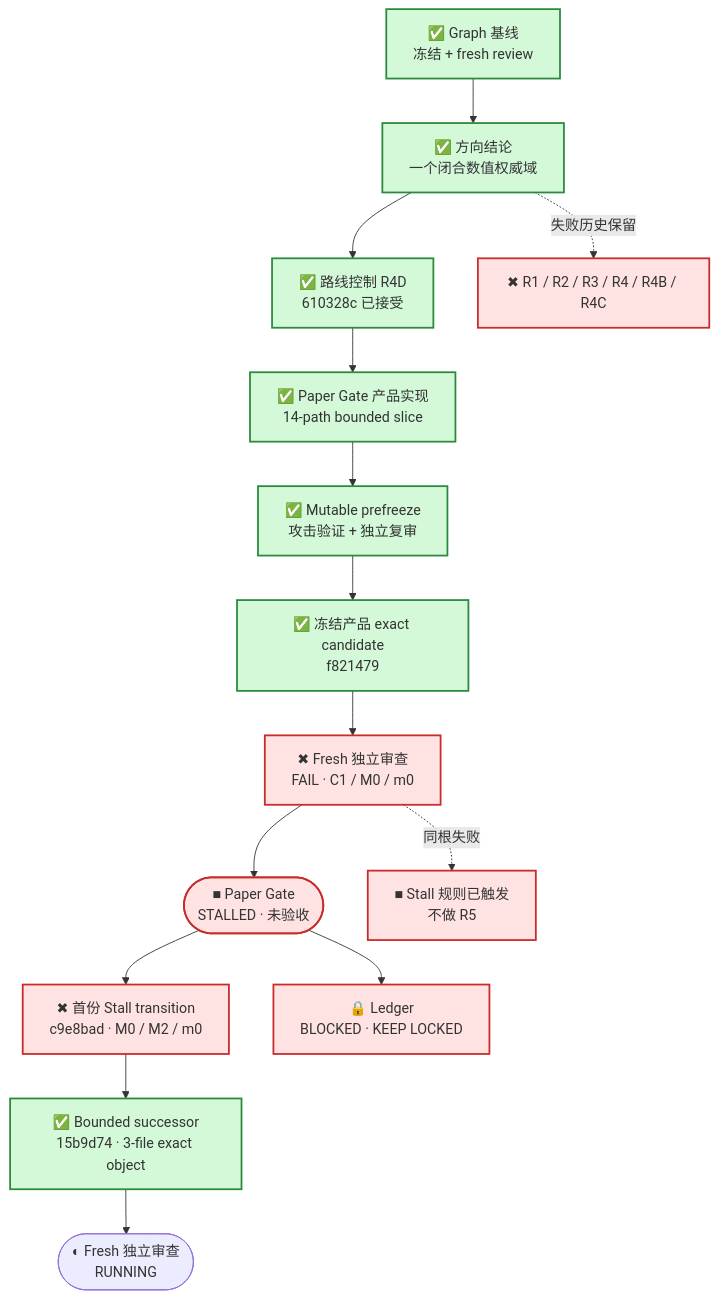
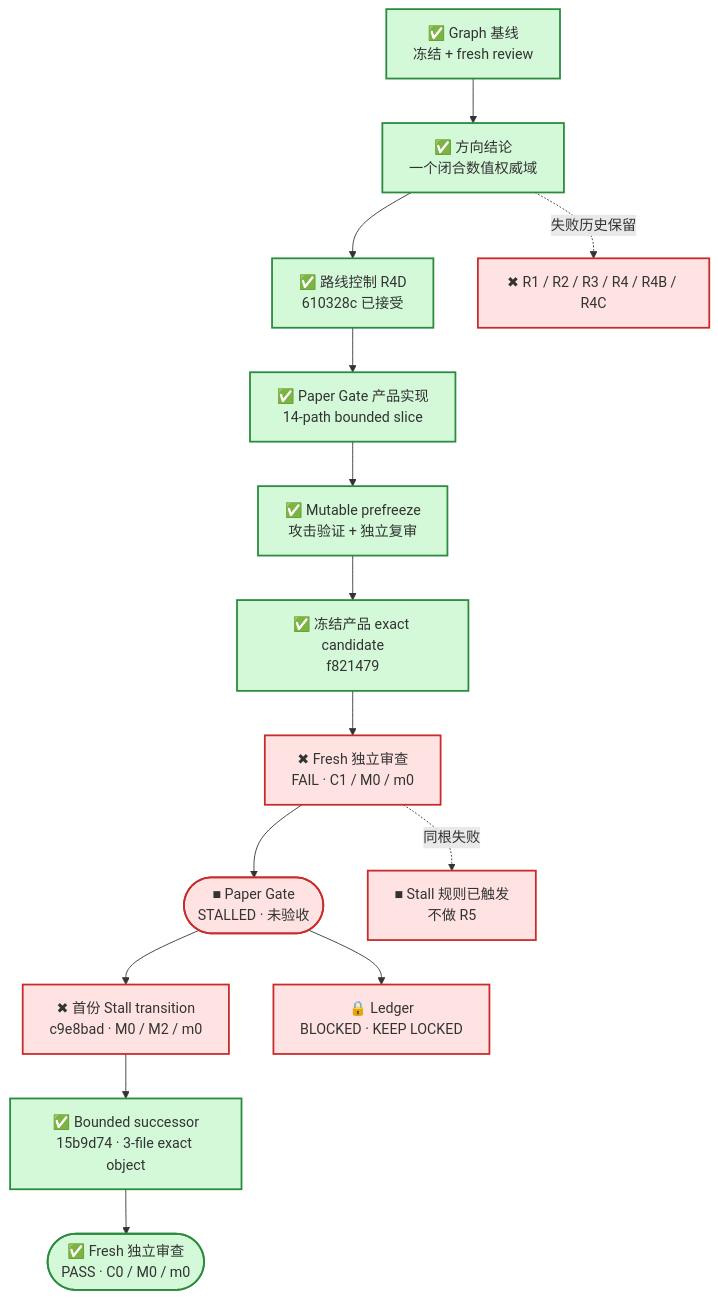
The first of 2 diagrams in MyBrain/automation/reports/investment-discipline-system/CURRENT_PROGRESS.md (j-a-v-e-n/knowledge-vault), drawn with Mermaid before and after one commit. The commit also changed other lines of this file, not shown here.

````diff
--- a/MyBrain/automation/reports/investment-discipline-system/CURRENT_PROGRESS.md
+++ b/MyBrain/automation/reports/investment-discipline-system/CURRENT_PROGRESS.md
@@ -7,23 +7,23 @@
 ```mermaid
 flowchart TB
     G["✅ Graph 基线<br/>冻结 + fresh review"] --> D["✅ 方向结论<br/>一个闭合数值权威域"]
     D --> R["✅ 路线控制 R4D<br/>610328c 已接受"]
     R --> S["✅ Paper Gate 产品实现<br/>14-path bounded slice"]
     S --> P["✅ Mutable prefreeze<br/>攻击验证 + 独立复审"]
     P --> K["✅ 冻结产品 exact candidate<br/>f821479"]
     K --> W["✖ Fresh 独立审查<br/>FAIL · C1 / M0 / m0"]
     W --> A(["■ Paper Gate<br/>STALLED · 未验收"])
     A --> C9["✖ 首份 Stall transition<br/>c9e8bad · M0 / M2 / m0"]
     C9 --> N["✅ Bounded successor<br/>15b9d74 · 3-file exact object"]
-    N --> Q(["◐ Fresh 独立审查<br/>RUNNING"])
+    N --> Q(["✅ Fresh 独立审查<br/>PASS · C0 / M0 / m0"])
     A --> L["🔒 Ledger<br/>BLOCKED · KEEP LOCKED"]
 
     D -. "失败历史保留" .-> F["✖ R1 / R2 / R3 / R4 / R4B / R4C"]
     W -. "同根失败" .-> H["■ Stall 规则已触发<br/>不做 R5"]
 
     classDef done fill:#d3f9d8,stroke:#2b8a3e,stroke-width:2px;
     classDef failed fill:#ffe3e3,stroke:#c92a2a,stroke-width:2px;
     class G,D,R,S,P,K done;
-    class N done;
+    class N,Q done;
     class W,A,C9,F,H,L failed;
 ```
````
